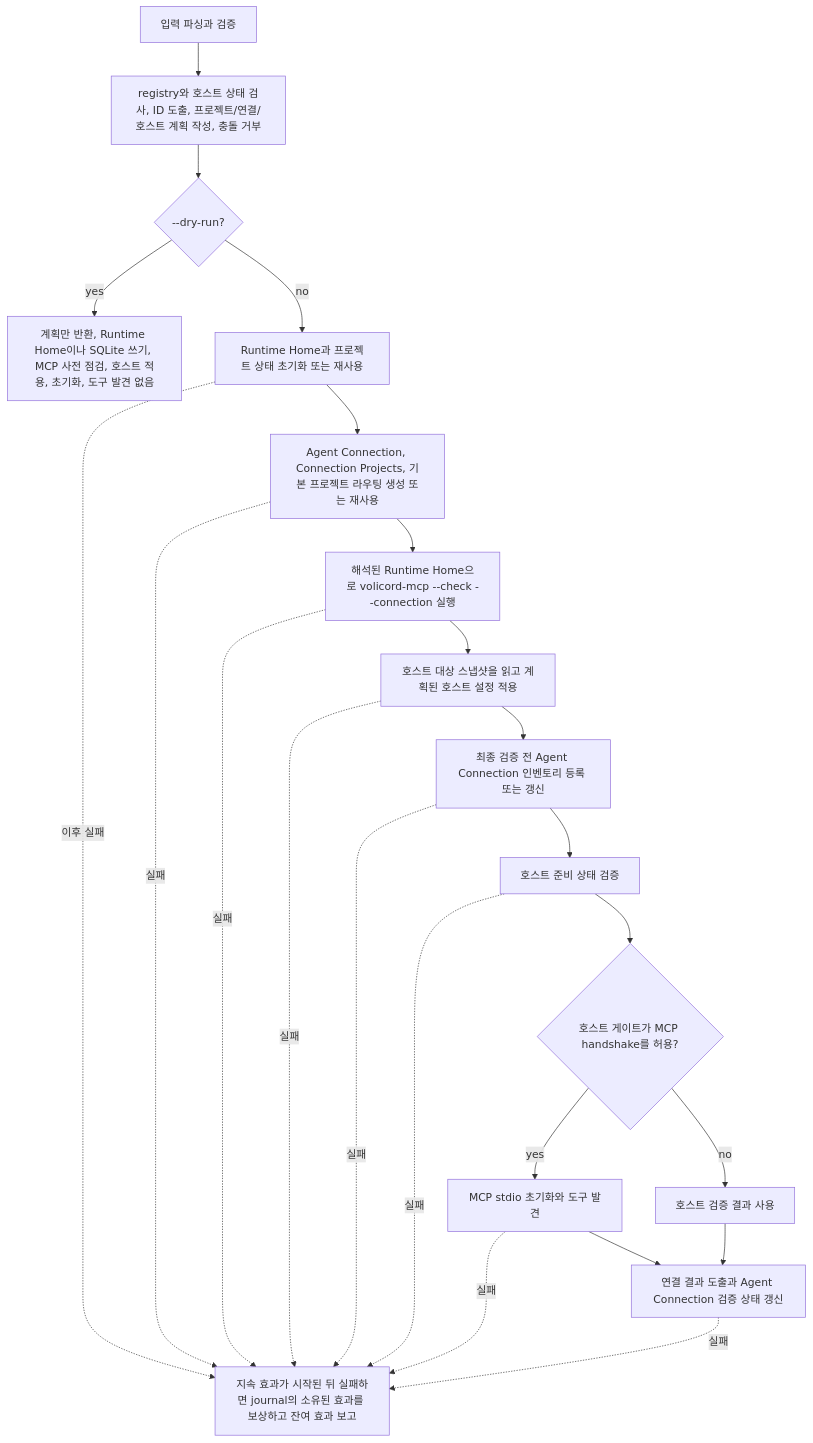
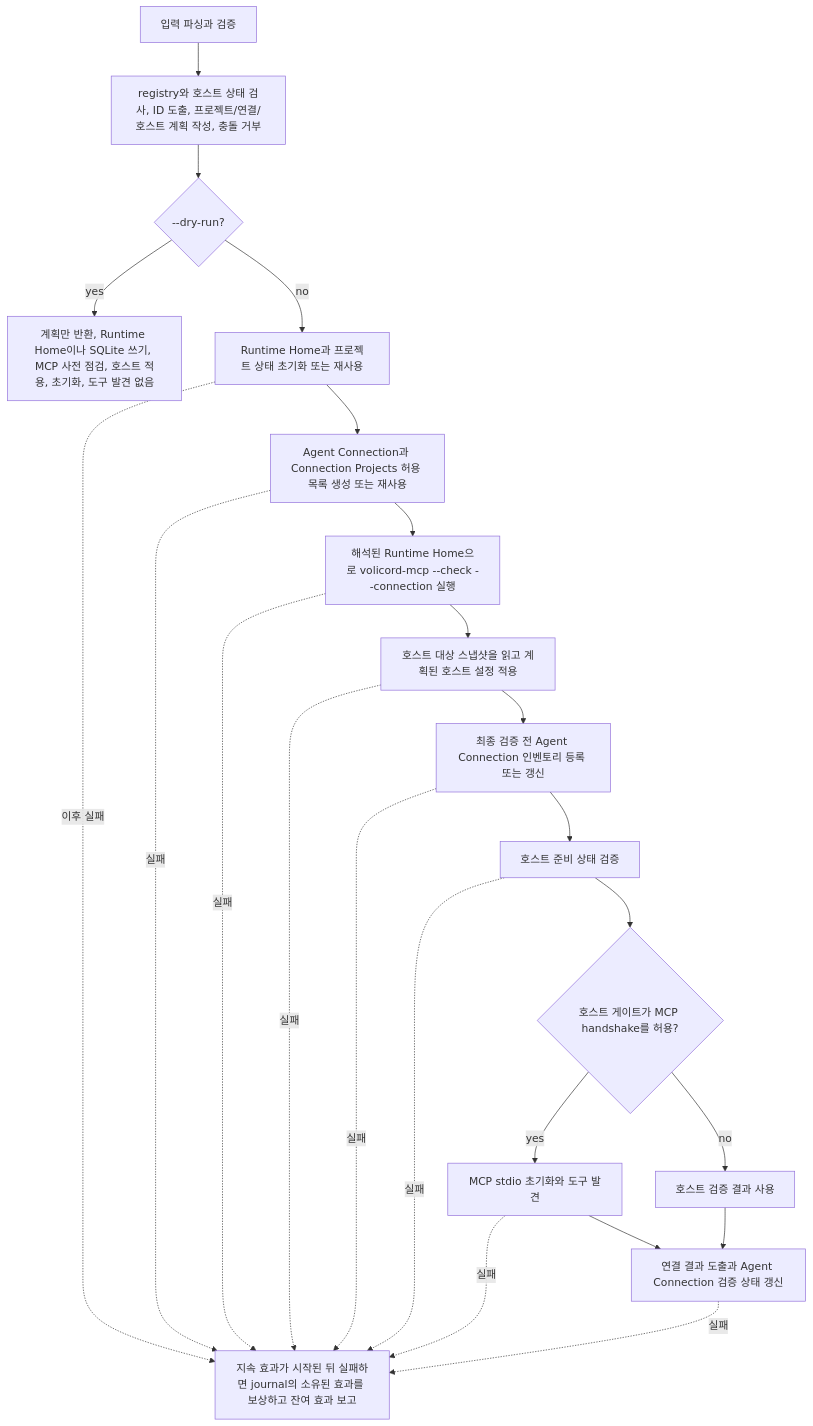
Before and after one commit to minjungw00/Harness_Project: the fourth of 4 diagrams in docs/ko/development/architecture.md, drawn with Mermaid. The commit also changed other lines of this file and 10 other files, not shown here.

````diff
--- a/docs/ko/development/architecture.md
+++ b/docs/ko/development/architecture.md
@@ -228,32 +228,32 @@
 ```mermaid
 flowchart TD
   parse["입력 파싱과 검증"]
   plan["registry와 호스트 상태 검사, ID 도출, 프로젝트/연결/호스트 계획 작성, 충돌 거부"]
   dry{"--dry-run?"}
   dryout["계획만 반환, Runtime Home이나 SQLite 쓰기, MCP 사전 점검, 호스트 적용, 초기화, 도구 발견 없음"]
   runtime["Runtime Home과 프로젝트 상태 초기화 또는 재사용"]
-  connection["Agent Connection, Connection Projects, 기본 프로젝트 라우팅 생성 또는 재사용"]
+  connection["Agent Connection과 Connection Projects 허용 목록 생성 또는 재사용"]
   preflight["해석된 Runtime Home으로 volicord-mcp --check --connection 실행"]
   host["호스트 대상 스냅샷을 읽고 계획된 호스트 설정 적용"]
   inventory["최종 검증 전 Agent Connection 인벤토리 등록 또는 갱신"]
   readiness["호스트 준비 상태 검증"]
   gate{"호스트 게이트가 MCP handshake를 허용?"}
   handshake["MCP stdio 초기화와 도구 발견"]
   hostonly["호스트 검증 결과 사용"]
   final["연결 결과 도출과 Agent Connection 검증 상태 갱신"]
   fail["지속 효과가 시작된 뒤 실패하면 journal의 소유된 효과를 보상하고 잔여 효과 보고"]
 
   parse --> plan --> dry
   dry -- yes --> dryout
   dry -- no --> runtime --> connection --> preflight --> host --> inventory --> readiness --> gate
   gate -- yes --> handshake --> final
   gate -- no --> hostonly --> final
   runtime -. 이후 실패 .-> fail
   connection -. 실패 .-> fail
   preflight -. 실패 .-> fail
   host -. 실패 .-> fail
   inventory -. 실패 .-> fail
   readiness -. 실패 .-> fail
   handshake -. 실패 .-> fail
   final -. 실패 .-> fail
 ```
````
